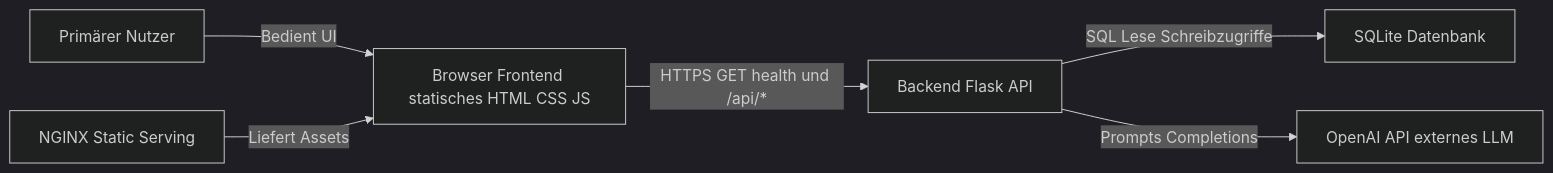
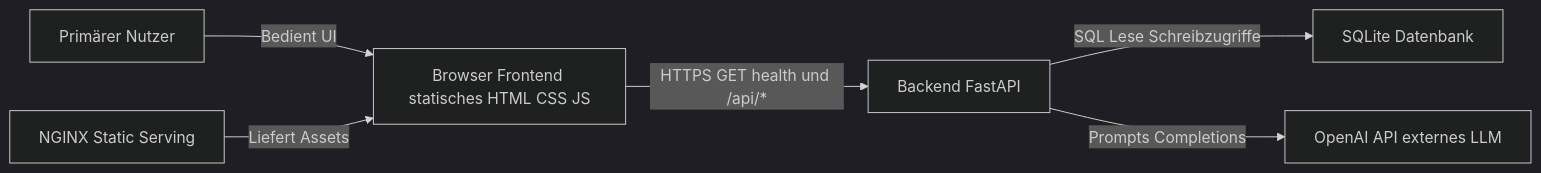
One commit to Flissel/-req-orchestrator changed the first of 5 diagrams in docs/architecture/C4.md. Above: the diagram before and after it, drawn with Mermaid (dark theme). The commit also changed other lines of this file and 18 other files, not shown here.

First line of the commit message:
docs: remove stale internal docs and fix 305 backend_app/Flask/Gunicorn refs

````diff
--- a/docs/architecture/C4.md
+++ b/docs/architecture/C4.md
@@ -7,15 +7,15 @@
 ```mermaid
 flowchart LR
   user[Primärer Nutzer]
   browser[Browser Frontend statisches HTML CSS JS]
-  backend[Backend Flask API]
+  backend[Backend FastAPI]
   db[SQLite Datenbank]
   openai[OpenAI API externes LLM]
 
   user -->|Bedient UI| browser
   nginx[NGINX Static Serving]
   nginx -->|Liefert Assets| browser
   browser -->|HTTPS GET health und /api/*| backend
   backend -->|SQL Lese Schreibzugriffe| db
   backend -->|Prompts Completions| openai
 ```
````
